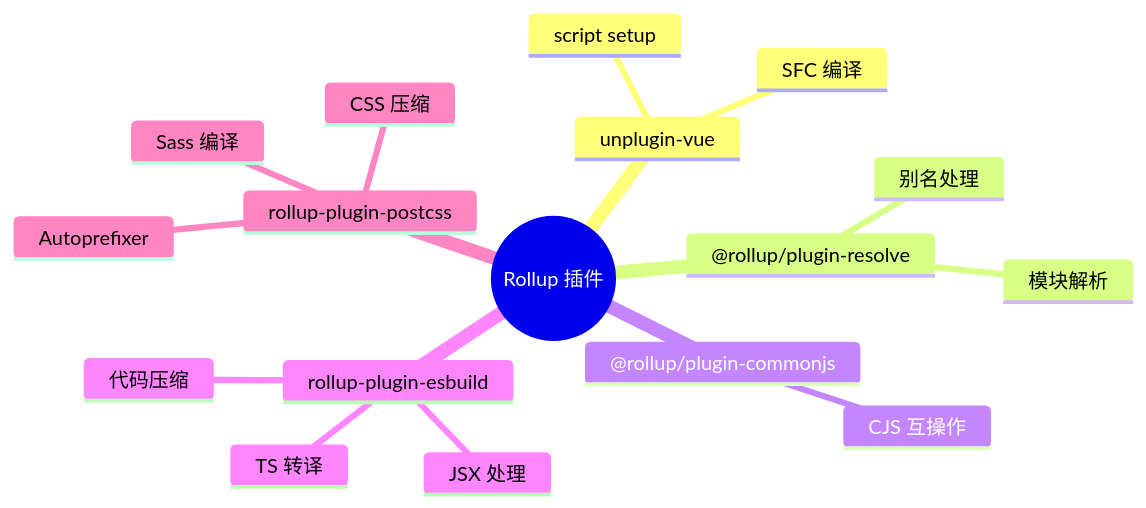
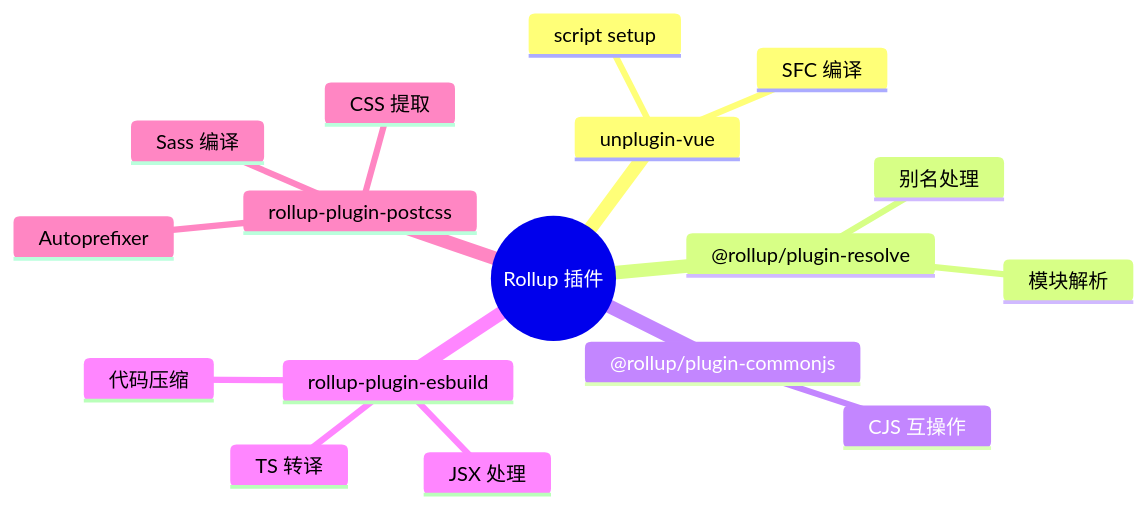
One commit to sunweijieMJ/aix changed diagram 12 of 17 in docs/guide/architecture.md. Above: the diagram before and after it, drawn with Mermaid. The commit also changed other lines of this file and 39 other files, not shown here.

````diff
--- a/docs/guide/architecture.md
+++ b/docs/guide/architecture.md
@@ -453,20 +546,20 @@
 ```mermaid
 mindmap
   root((Rollup 插件))
     unplugin-vue
       SFC 编译
       script setup
     @rollup/plugin-resolve
       模块解析
       别名处理
     @rollup/plugin-commonjs
       CJS 互操作
     rollup-plugin-esbuild
       TS 转译
       JSX 处理
       代码压缩
     rollup-plugin-postcss
       Sass 编译
       Autoprefixer
-      CSS 压缩
+      CSS 提取
 ```
````
